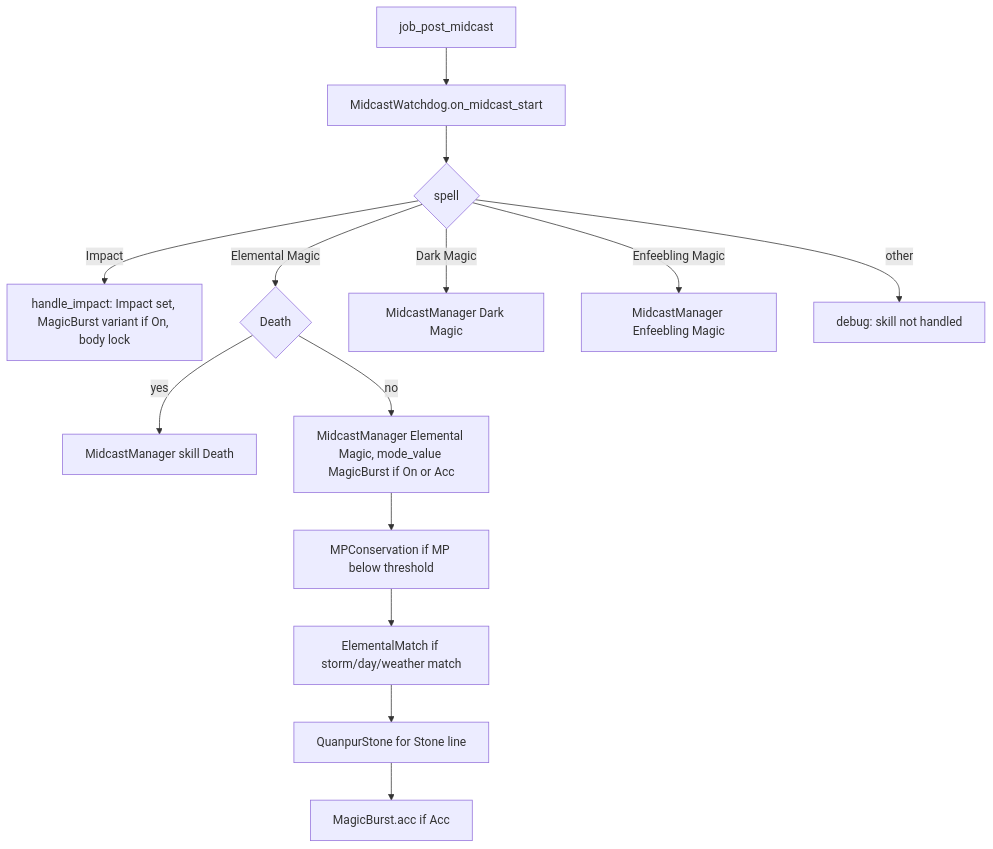
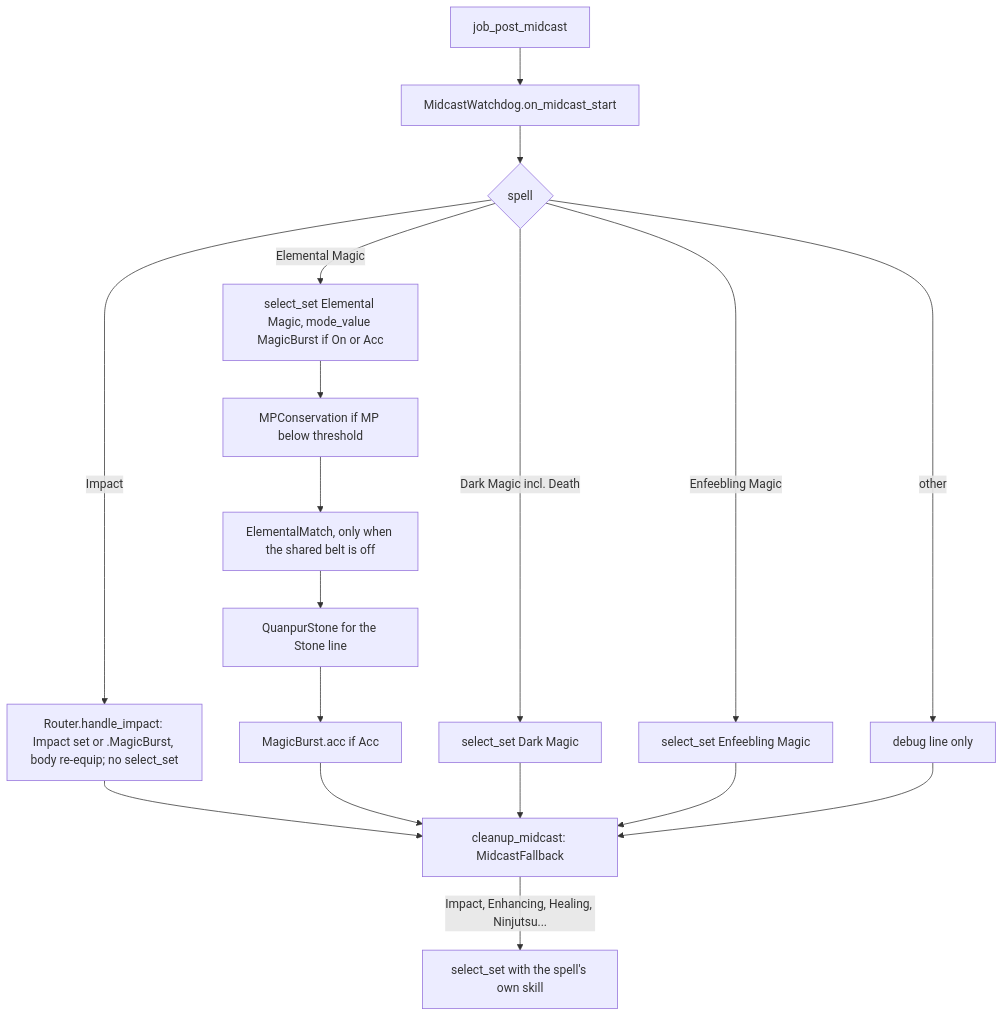
One commit to ejouanchicot/Gearswap changed the fourth of 4 diagrams in docs/dev/jobs/blm.md. Above: the diagram before and after it, drawn with Mermaid. The commit also changed other lines of this file and 31 other files, not shown here.

````diff
--- a/docs/dev/jobs/blm.md
+++ b/docs/dev/jobs/blm.md
@@ -249,16 +239,20 @@
 ```mermaid
 flowchart TD
     A[job_post_midcast] --> B[MidcastWatchdog.on_midcast_start]
     B --> C{spell}
-    C -- Impact --> I[handle_impact: Impact set, MagicBurst variant if On, body lock]
-    C -- Elemental Magic --> E{Death}
-    E -- yes --> ED[MidcastManager skill Death]
-    E -- no --> EM[MidcastManager Elemental Magic, mode_value MagicBurst if On or Acc]
+    C -- Impact --> I[Router.handle_impact: Impact set or .MagicBurst, body re-equip; no select_set]
+    C -- Elemental Magic --> EM[select_set Elemental Magic, mode_value MagicBurst if On or Acc]
     EM --> O1[MPConservation if MP below threshold]
-    O1 --> O2[ElementalMatch if storm/day/weather match]
-    O2 --> O3[QuanpurStone for Stone line]
+    O1 --> O2[ElementalMatch, only when the shared belt is off]
+    O2 --> O3[QuanpurStone for the Stone line]
     O3 --> O4[MagicBurst.acc if Acc]
-    C -- Dark Magic --> D[MidcastManager Dark Magic]
-    C -- Enfeebling Magic --> F[MidcastManager Enfeebling Magic]
-    C -- other --> N[debug: skill not handled]
+    C -- Dark Magic incl. Death --> D[select_set Dark Magic]
+    C -- Enfeebling Magic --> F[select_set Enfeebling Magic]
+    C -- other --> N[debug line only]
+    I --> FB[cleanup_midcast: MidcastFallback]
+    O4 --> FB
+    D --> FB
+    F --> FB
+    N --> FB
+    FB -- Impact, Enhancing, Healing, Ninjutsu... --> R2[select_set with the spell's own skill]
 ```
````
